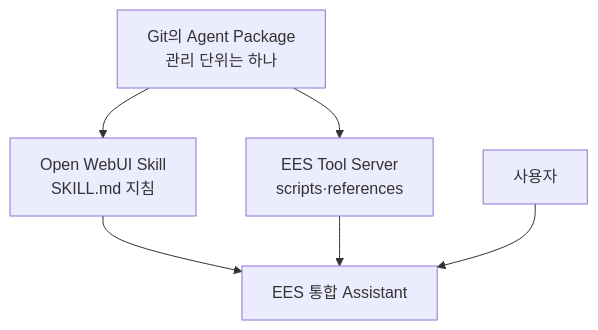
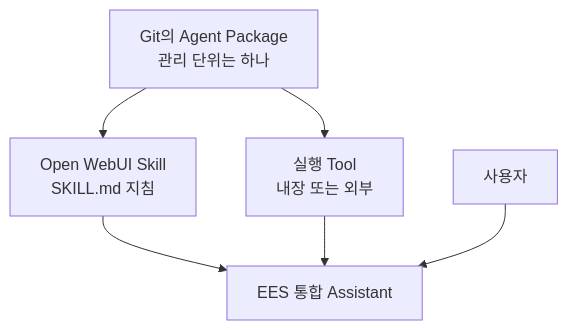
One commit to knadalkim-a11y/team-agent-poc changed the first of 9 diagrams in docs/03-openwebui-native-agent.md. Above: the diagram before and after it, drawn with Mermaid. The commit also changed other lines of this file, not shown here.

Commit message:
docs: clarify embedded and external tool options

````diff
--- a/docs/03-openwebui-native-agent.md
+++ b/docs/03-openwebui-native-agent.md
@@ -10,12 +10,12 @@
 ```mermaid
 flowchart TB
     Pack["Git의 Agent Package<br/>관리 단위는 하나"]
     Skill["Open WebUI Skill<br/>SKILL.md 지침"]
-    Tool["EES Tool Server<br/>scripts·references"]
+    Tool["실행 Tool<br/>내장 또는 외부"]
     Assistant["EES 통합 Assistant"]
     User["사용자"]
 
     Pack --> Skill --> Assistant
     Pack --> Tool --> Assistant
     User --> Assistant
 ```
````
